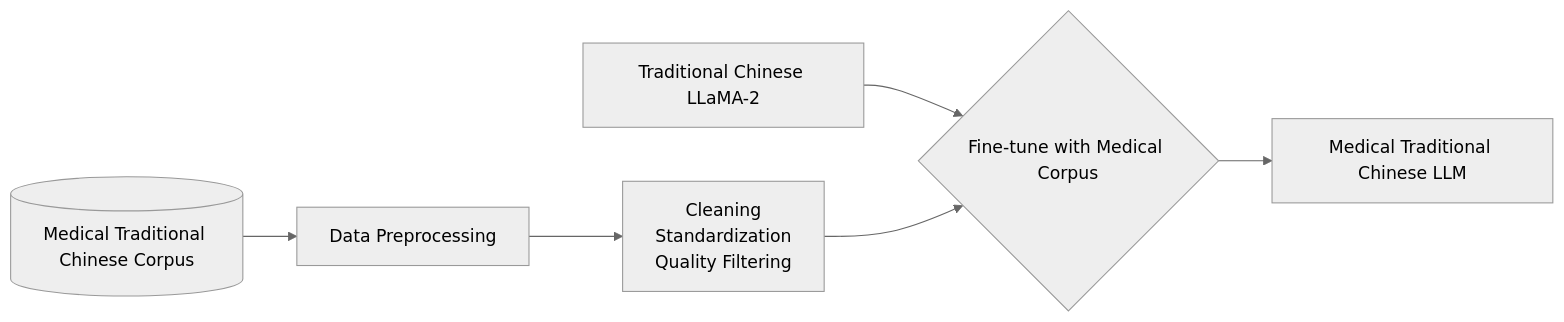
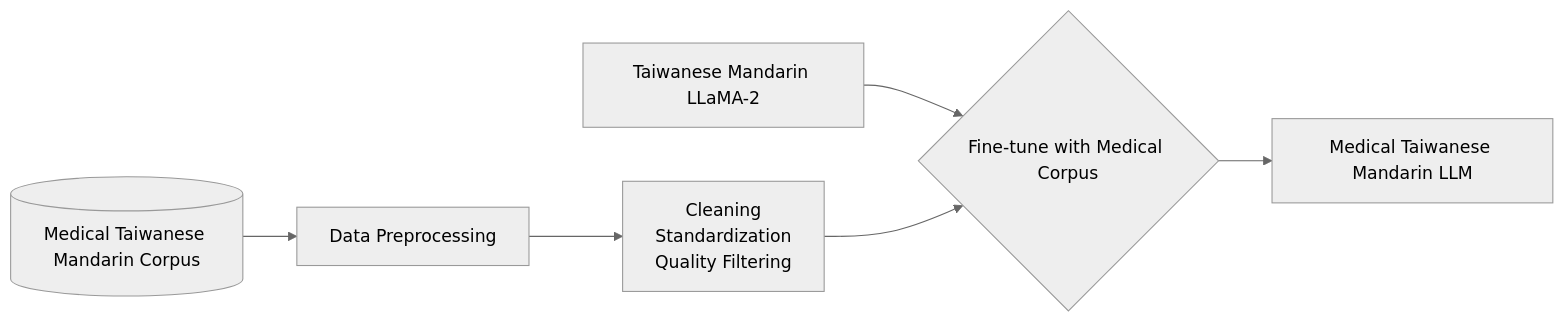
One commit to iridiumtao/Fine-Tuning-Taiwanese-Hokkien-LLM-for-Medical-Advising changed the second of 4 diagrams in README.md. Above: the diagram before and after it, drawn with Mermaid (neutral theme). The commit also changed other lines of this file, not shown here.

Commit message:
Replaced TC to Taiwanese Mandarin

````diff
--- a/README.md
+++ b/README.md
@@ -68,8 +68,8 @@
 ```mermaid
 flowchart LR
-    A[Traditional Chinese LLaMA-2] --> B{Fine-tune with Medical Corpus}
-    B --> C[Medical Traditional Chinese LLM]
-    D[(Medical Traditional Chinese Corpus)] --> E[Data Preprocessing]
+    A[Taiwanese Mandarin LLaMA-2] --> B{Fine-tune with Medical Corpus}
+    B --> C[Medical Taiwanese Mandarin LLM]
+    D[(Medical Taiwanese Mandarin Corpus)] --> E[Data Preprocessing]
     E --> F[Cleaning\nStandardization\nQuality Filtering]
     F --> B
 ```
````
